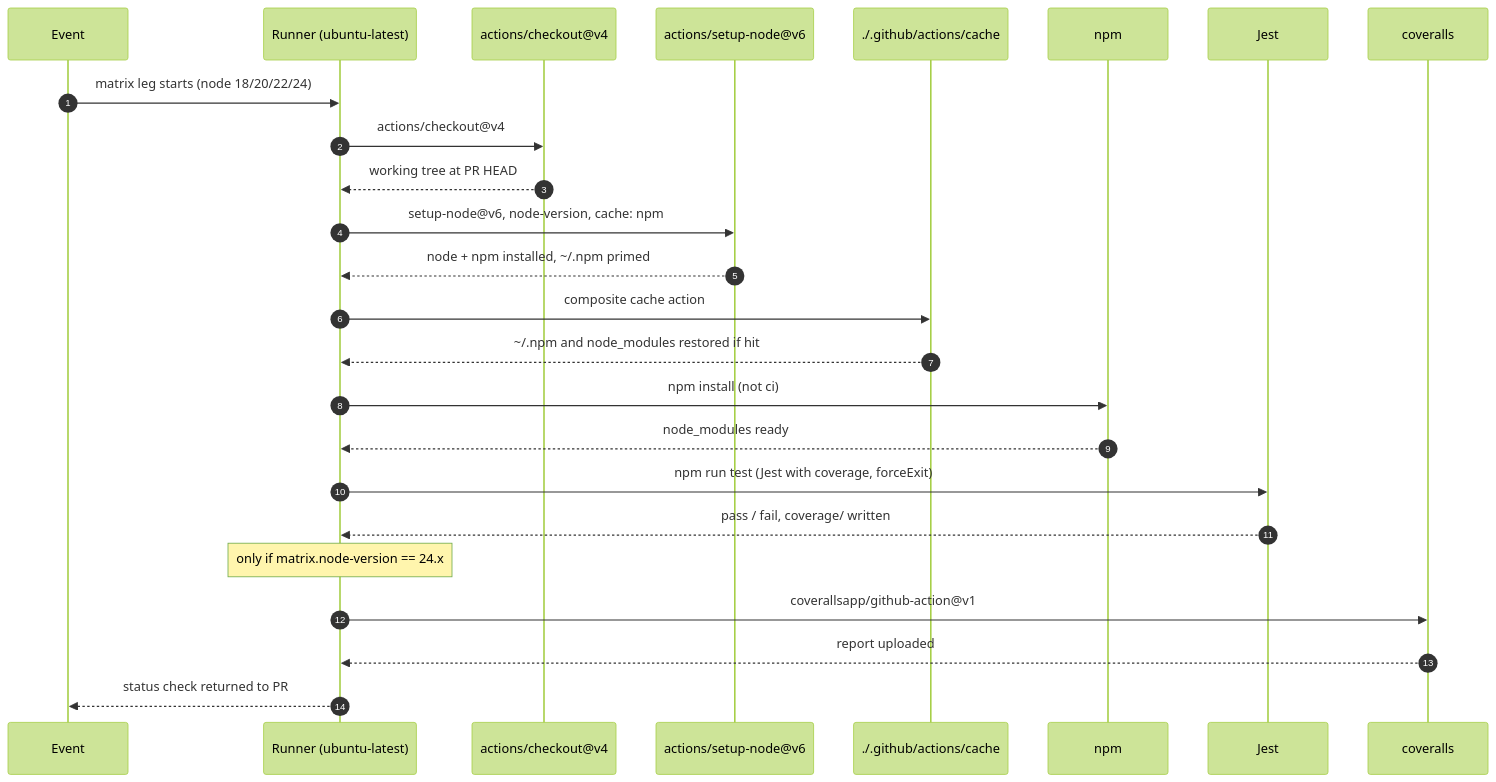
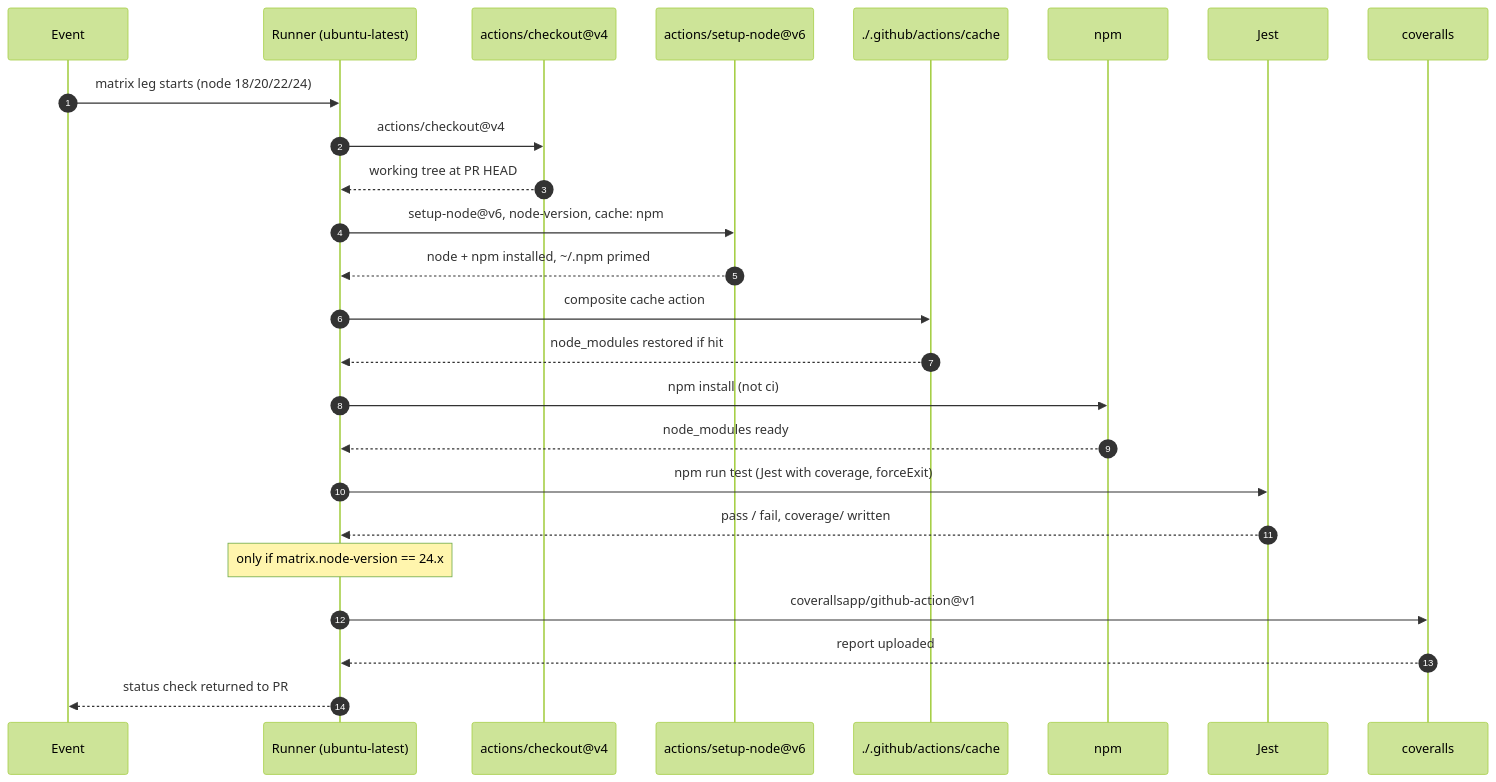
Before and after one commit to llm-exe/llm-exe: the fourth of 9 diagrams in .github/docs/TESTS_DEEP_DIVE.md, drawn with Mermaid (forest theme). The commit also changed other lines of this file and 5 other files, not shown here.

Commit message:
chore: update cache action documentation to focus on node_modules and remove npm dependencies references

````diff
--- a/.github/docs/TESTS_DEEP_DIVE.md
+++ b/.github/docs/TESTS_DEEP_DIVE.md
@@ -165,28 +165,28 @@
 ```mermaid
 sequenceDiagram
     autonumber
     participant E as Event
     participant R as Runner (ubuntu-latest)
     participant CO as actions/checkout@v4
     participant SN as actions/setup-node@v6
     participant CA as ./.github/actions/cache
     participant NPM as npm
     participant J as Jest
     participant CV as coveralls
 
     E->>R: matrix leg starts (node 18/20/22/24)
     R->>CO: actions/checkout@v4
     CO-->>R: working tree at PR HEAD
     R->>SN: setup-node@v6, node-version, cache: npm
     SN-->>R: node + npm installed, ~/.npm primed
     R->>CA: composite cache action
-    CA-->>R: ~/.npm and node_modules restored if hit
+    CA-->>R: node_modules restored if hit
     R->>NPM: npm install (not ci)
     NPM-->>R: node_modules ready
     R->>J: npm run test (Jest with coverage, forceExit)
     J-->>R: pass / fail, coverage/ written
     Note over R: only if matrix.node-version == 24.x
     R->>CV: coverallsapp/github-action@v1
     CV-->>R: report uploaded
     R-->>E: status check returned to PR
 ```
````
